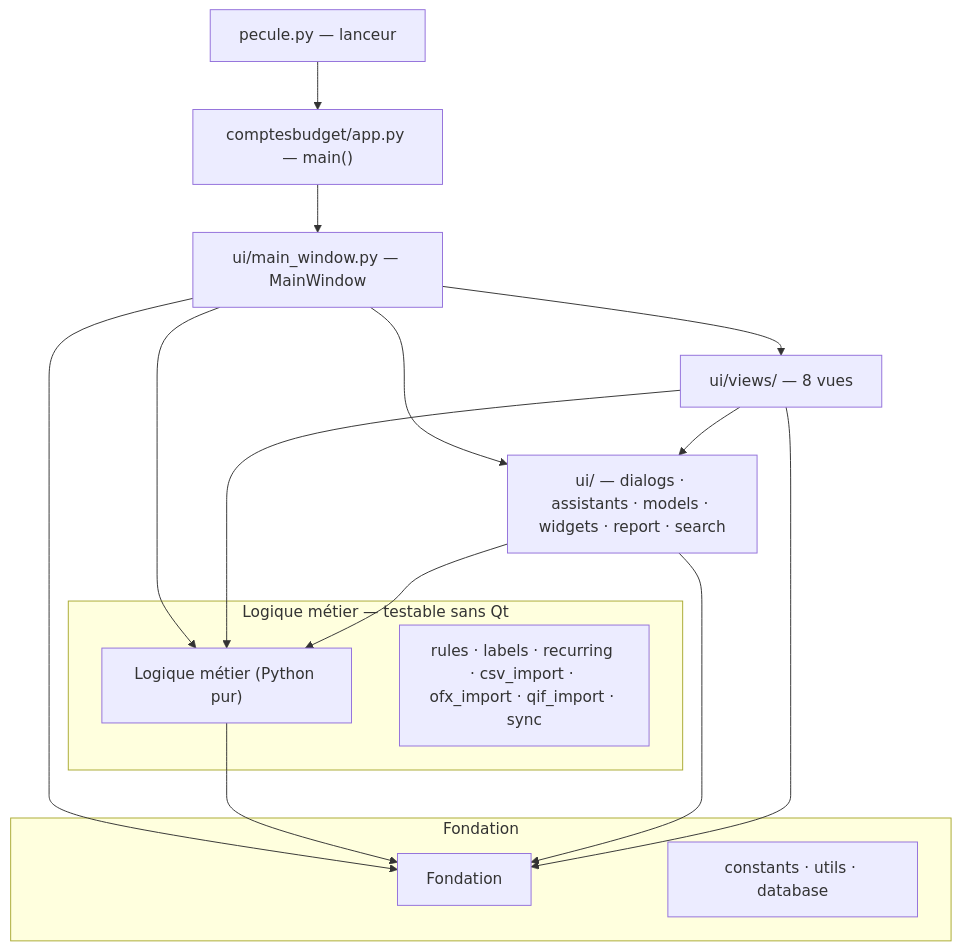
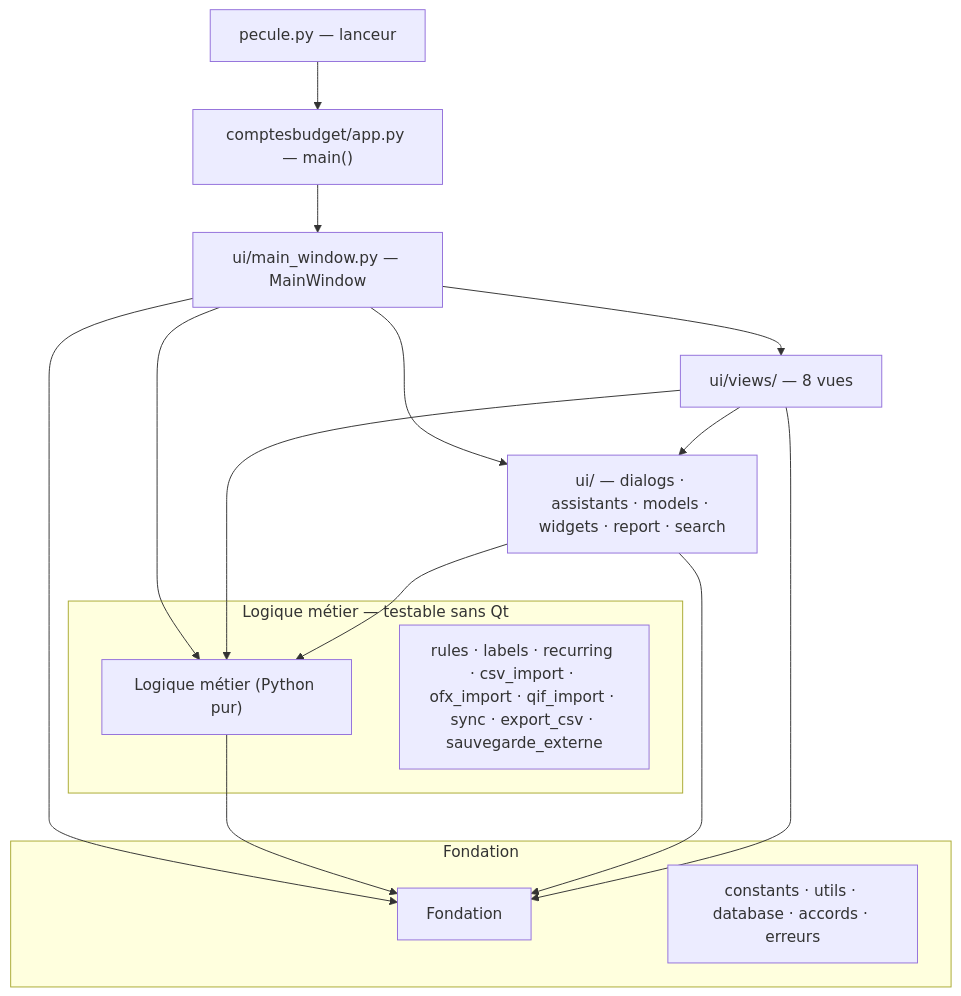
The diagram in README.md (andre12230-png/Pecule), drawn with Mermaid before and after one commit. The commit also changed other lines of this file and 2 other files, not shown here.

````diff
--- a/README.md
+++ b/README.md
@@ -351,24 +354,24 @@
 ```mermaid
 flowchart TD
     L["pecule.py — lanceur"] --> APP["comptesbudget/app.py — main()"]
     APP --> MW["ui/main_window.py — MainWindow"]
     MW --> V["ui/views/ — 8 vues"]
     MW --> C["ui/ — dialogs · assistants · models · widgets · report · search"]
     MW --> LOG["Logique métier (Python pur)"]
     MW --> F["Fondation"]
     V --> C
     V --> LOG
     C --> LOG
     LOG --> F
     C --> F
     V --> F
 
     subgraph LOG_G ["Logique métier — testable sans Qt"]
         LOG
-        R["rules · labels · recurring · csv_import · ofx_import · qif_import · sync"]
+        R["rules · labels · recurring · csv_import · ofx_import · qif_import · sync · export_csv · sauvegarde_externe"]
     end
     subgraph F_G ["Fondation"]
         F
-        FF["constants · utils · database"]
+        FF["constants · utils · database · accords · erreurs"]
     end
 ```
````
